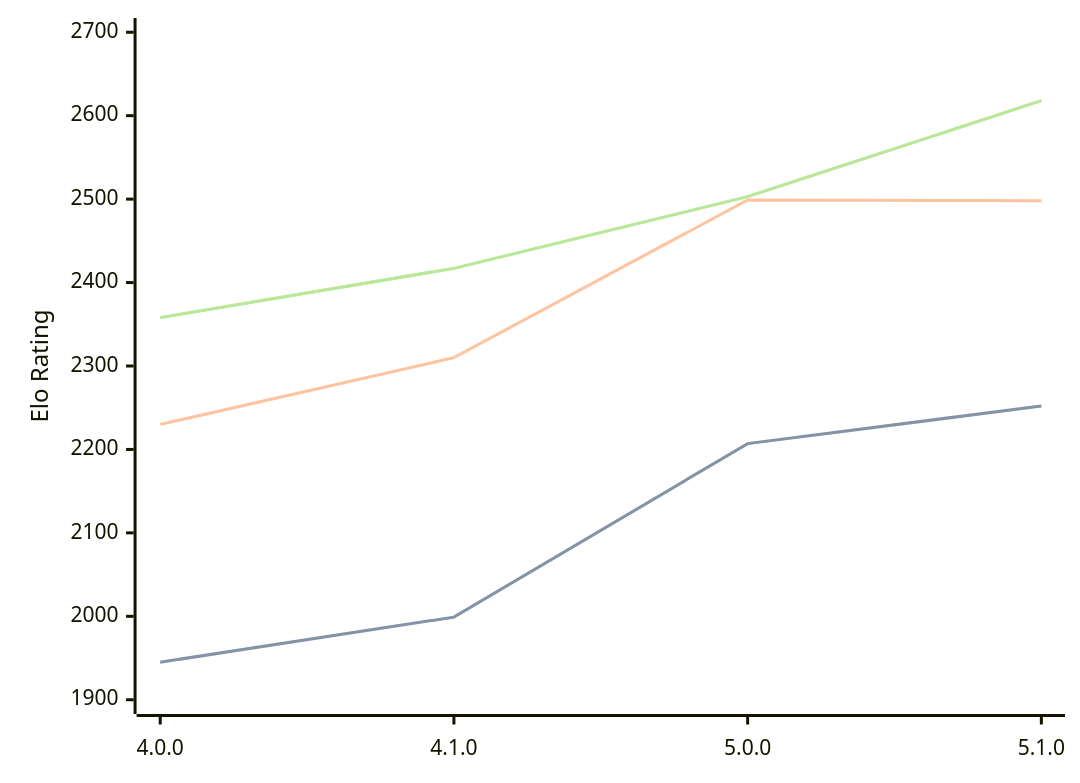
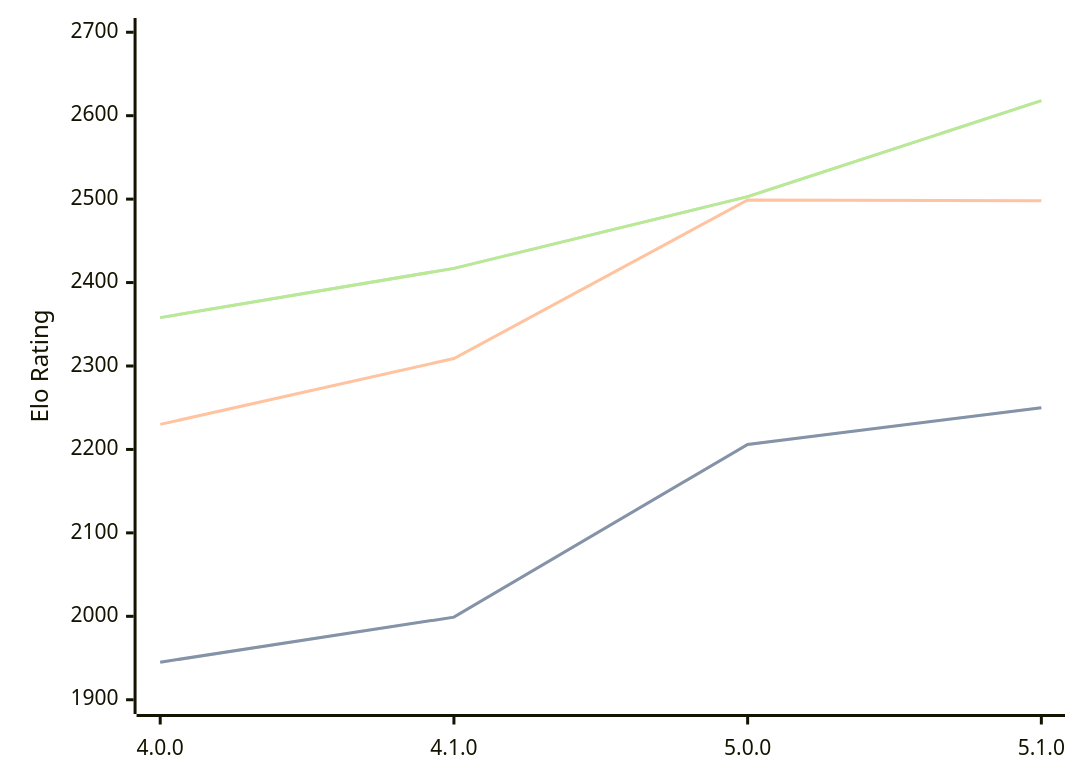
The diagram in engines/Aconcagua.md (computer-chess-index/cci), drawn with Mermaid before and after one commit. The commit also changed other lines of this file, not shown here.

````diff
--- a/engines/Aconcagua.md
+++ b/engines/Aconcagua.md
@@ -43,11 +43,11 @@
 ```mermaid
 %%{init: {"theme":"base","themeVariables":{"seriesColors:['#a3a3a3','#222221','#faa371']}}}%%
 xychart-beta
   x-axis ["4.0.0", "4.1.0", "5.0.0", "5.1.0"]
   y-axis "Elo Rating" 1900 --> 2700
-  line "STC (8.0+0.08s)" [1945, 1999, 2207, 2252]
-  line "STC (8.0+0.08s)" [1945, 1999, 2207, 2252]
-  line "LTC (60.0+0.60s)" [2230, 2310, 2499, 2498]
+  line "STC (8.0+0.08s)" [1945, 1999, 2206, 2250]
+  line "STC (8.0+0.08s)" [1945, 1999, 2206, 2250]
+  line "LTC (60.0+0.60s)" [2230, 2309, 2499, 2498]
   line "VLTC (2m24s+1.12s)" [2358, 2417, 2503, 2618]
   line "VLTC (2m24s+1.12s)" [2358, 2417, 2503, 2618]
 ```
````
